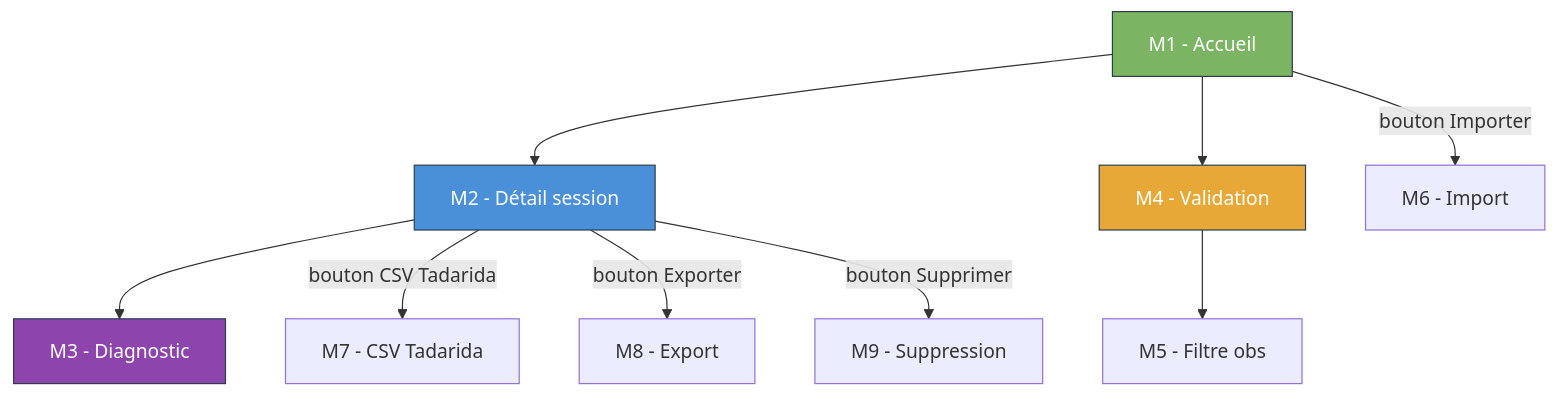
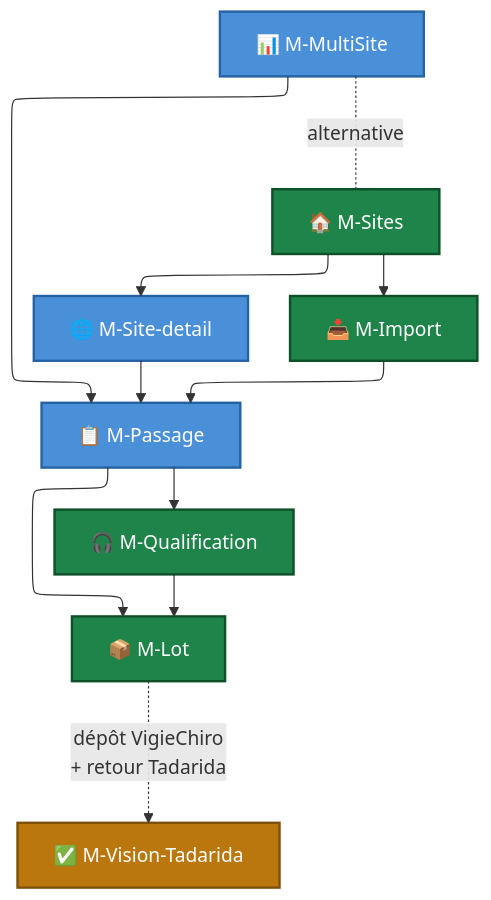
Before and after one commit to IUTInfoAix-S201/brief: the diagram in docs/Analyse et conception/Maquettes/index.md, drawn with Mermaid. The commit also changed other lines of this file and 19 other files, not shown here.

````diff
--- a/docs/Analyse et conception/Maquettes/index.md
+++ b/docs/Analyse et conception/Maquettes/index.md
@@ -32,15 +43,30 @@
 ```mermaid
+%%{init: {"flowchart": {"defaultRenderer": "elk"}, "themeCSS": ".nodeLabel, .nodeLabel p, .nodeLabel span { color: #fff !important; fill: #fff !important; }"}}%%
 flowchart TB
-    M1[M1 - Accueil] --> M2[M2 - Détail session]
-    M1 --> M4[M4 - Validation]
-    M1 -->|bouton Importer| M6[M6 - Import]
-    M2 --> M3[M3 - Diagnostic]
-    M2 -->|bouton CSV Tadarida| M7[M7 - CSV Tadarida]
-    M2 -->|bouton Exporter| M8[M8 - Export]
-    M2 -->|bouton Supprimer| M9[M9 - Suppression]
-    M4 --> M5[M5 - Filtre obs]
-    style M1 fill:#7bb563,stroke:#2c3e50,color:#fff
-    style M4 fill:#e8a838,stroke:#2c3e50,color:#fff
-    style M2 fill:#4a90d9,stroke:#2c3e50,color:#fff
-    style M3 fill:#8e44ad,stroke:#2c3e50,color:#fff
+    Sites[🏠 M-Sites]
+    MultiSite[📊 M-MultiSite]
+    Detail[🌐 M-Site-detail]
+    Import[📥 M-Import]
+    Passage[📋 M-Passage]
+    Qualif[🎧 M-Qualification]
+    Lot[📦 M-Lot]
+    Tadarida[✅ M-Vision-Tadarida]
+
+    Sites --> Detail
+    Sites --> Import
+    MultiSite -.alternative.- Sites
+    Detail --> Passage
+    Import --> Passage
+    MultiSite --> Passage
+    Passage --> Qualif
+    Qualif --> Lot
+    Passage --> Lot
+    Lot -.dépôt VigieChiro<br/>+ retour Tadarida.-> Tadarida
+
+    classDef main fill:#1e8449,stroke:#0e5128,color:#fff,stroke-width:2px
+    classDef detail fill:#4a90d9,stroke:#2563a3,color:#fff,stroke-width:2px
+    classDef etiree fill:#b9770e,stroke:#7e5109,color:#fff,stroke-width:2px
+    class Sites,Import,Qualif,Lot main
+    class Detail,Passage,MultiSite detail
+    class Tadarida etiree
 ```
````
